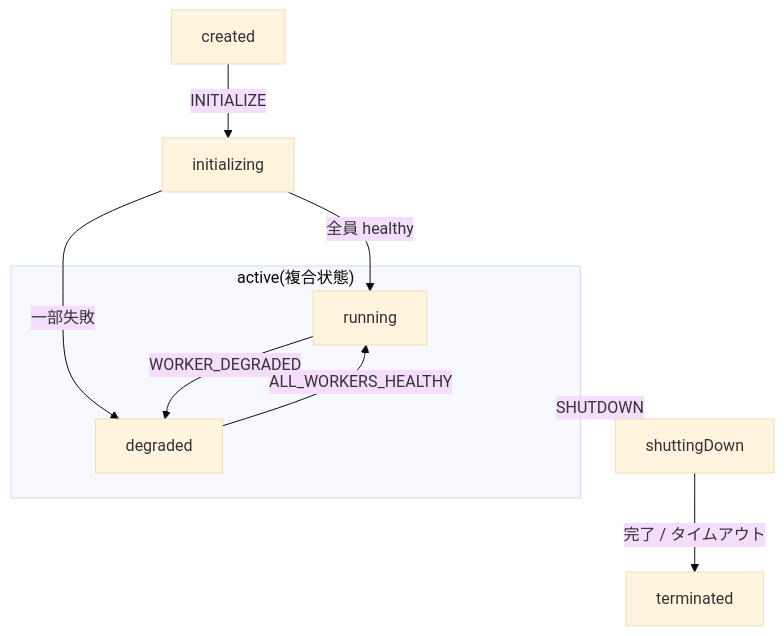
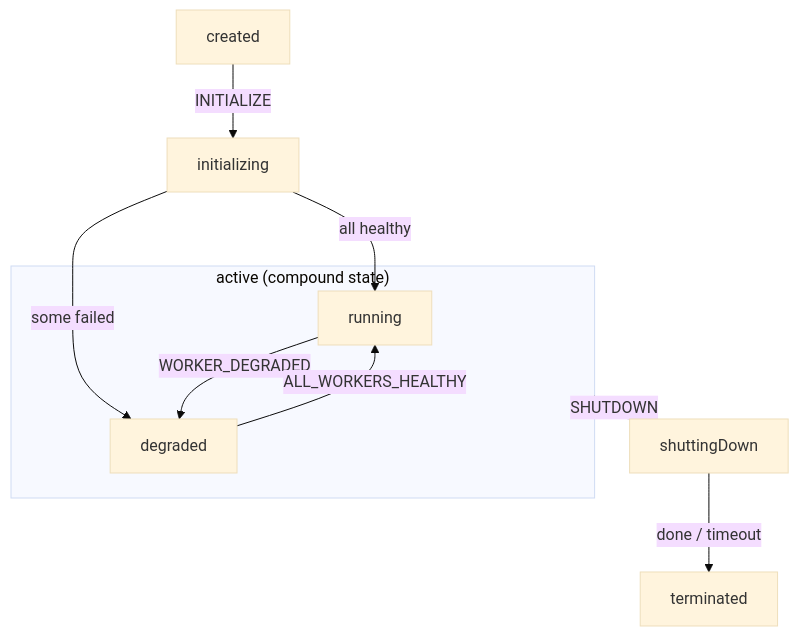
The third of 7 diagrams in docs-site/src/content/docs/architecture.mdx (uraitakahito/browserhive), drawn with Mermaid (base theme) before and after one commit. The commit also changed other lines of this file and 17 other files, not shown here.

````diff
--- a/docs-site/src/content/docs/architecture.mdx
+++ b/docs-site/src/content/docs/architecture.mdx
@@ -119,12 +128,12 @@
 ```mermaid
 flowchart TD
   created -->|INITIALIZE| initializing
-  initializing -->|全員 healthy| running
-  initializing -->|一部失敗| degraded
-  subgraph active["active(複合状態)"]
+  initializing -->|all healthy| running
+  initializing -->|some failed| degraded
+  subgraph active["active (compound state)"]
     running -->|WORKER_DEGRADED| degraded
     degraded -->|ALL_WORKERS_HEALTHY| running
   end
   active -->|SHUTDOWN| shuttingDown
-  shuttingDown -->|完了 / タイムアウト| terminated
+  shuttingDown -->|done / timeout| terminated
 ```
````
